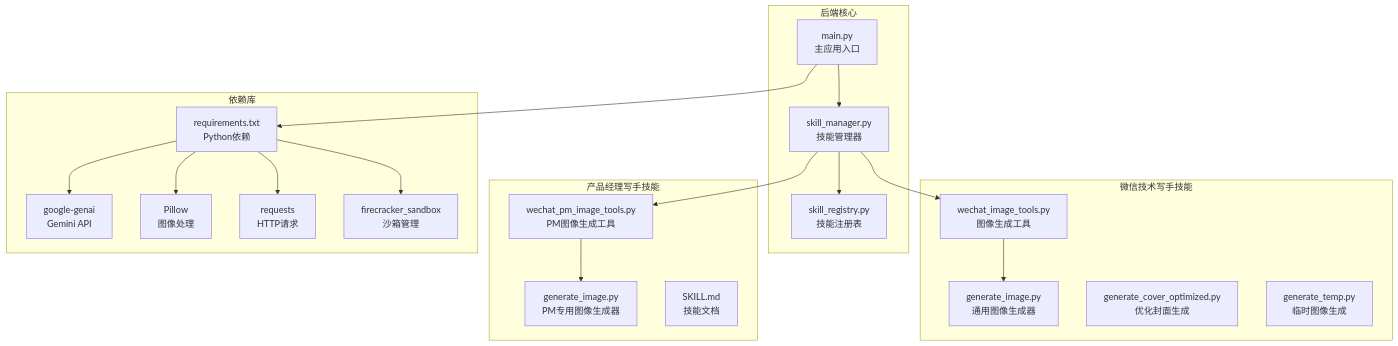
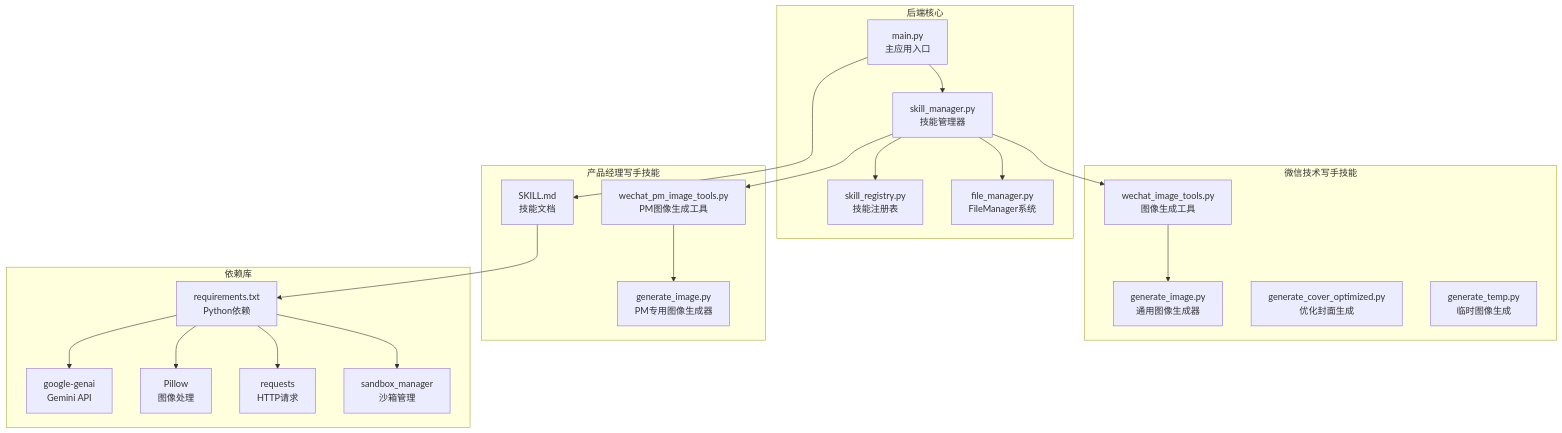
One commit to zhangdahai112/LocalManus changed the first of 10 diagrams in .qoder/repowiki/zh/content/微信图像生成功能增强.md. Above: the diagram before and after it, drawn with Mermaid. The commit also changed other lines of this file and 19 other files, not shown here.

````diff
--- a/.qoder/repowiki/zh/content/微信图像生成功能增强.md
+++ b/.qoder/repowiki/zh/content/微信图像生成功能增强.md
@@ -55,37 +55,40 @@
 ```mermaid
 graph TB
 subgraph "后端核心"
 A[main.py<br/>主应用入口]
 B[skill_manager.py<br/>技能管理器]
 C[skill_registry.py<br/>技能注册表]
+D[file_manager.py<br/>FileManager系统]
 end
 subgraph "微信技术写手技能"
-D[wechat_image_tools.py<br/>图像生成工具]
-E[generate_image.py<br/>通用图像生成器]
-F[generate_cover_optimized.py<br/>优化封面生成]
-G[generate_temp.py<br/>临时图像生成]
+E[wechat_image_tools.py<br/>图像生成工具]
+F[generate_image.py<br/>通用图像生成器]
+G[generate_cover_optimized.py<br/>优化封面生成]
+H[generate_temp.py<br/>临时图像生成]
 end
 subgraph "产品经理写手技能"
-H[wechat_pm_image_tools.py<br/>PM图像生成工具]
-I[generate_image.py<br/>PM专用图像生成器]
-J[SKILL.md<br/>技能文档]
+I[wechat_pm_image_tools.py<br/>PM图像生成工具]
+J[generate_image.py<br/>PM专用图像生成器]
+K[SKILL.md<br/>技能文档]
 end
 subgraph "依赖库"
-K[requirements.txt<br/>Python依赖]
-L[google-genai<br/>Gemini API]
-M[Pillow<br/>图像处理]
-N[requests<br/>HTTP请求]
-O[firecracker_sandbox<br/>沙箱管理]
+L[requirements.txt<br/>Python依赖]
+M[google-genai<br/>Gemini API]
+N[Pillow<br/>图像处理]
+O[requests<br/>HTTP请求]
+P[sandbox_manager<br/>沙箱管理]
 end
 A --> B
 B --> C
 B --> D
-B --> H
-D --> E
-H --> I
+B --> E
+B --> I
+E --> F
+I --> J
 A --> K
 K --> L
-K --> M
-K --> N
-K --> O
+L --> M
+L --> N
+L --> O
+L --> P
 ```
````
